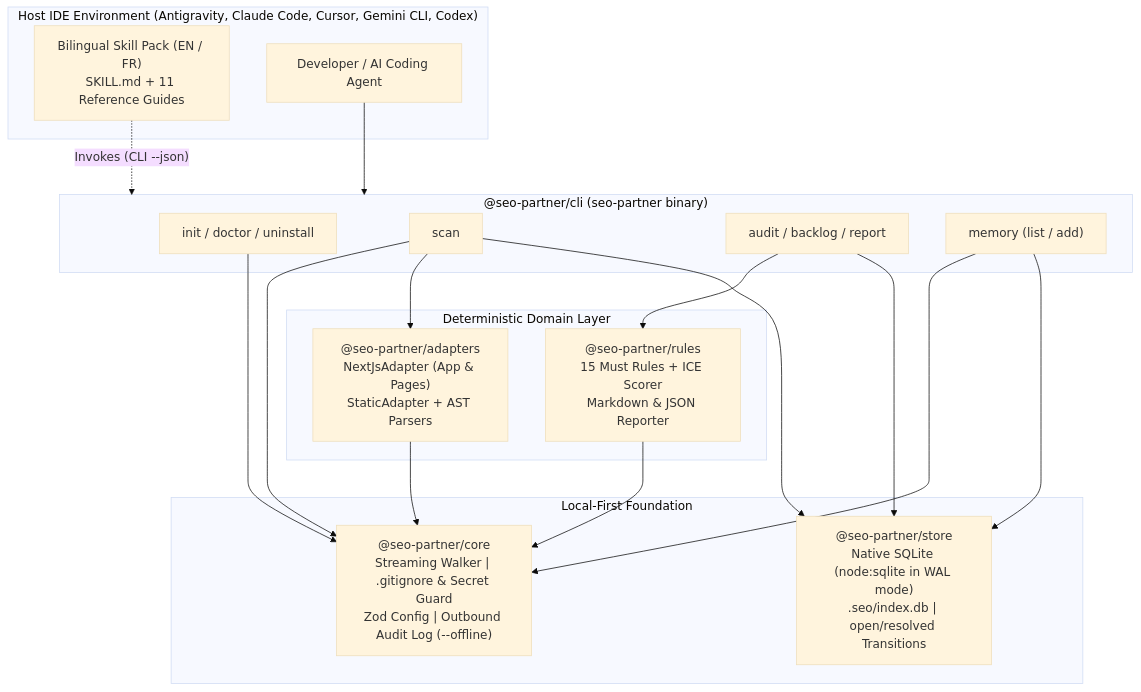
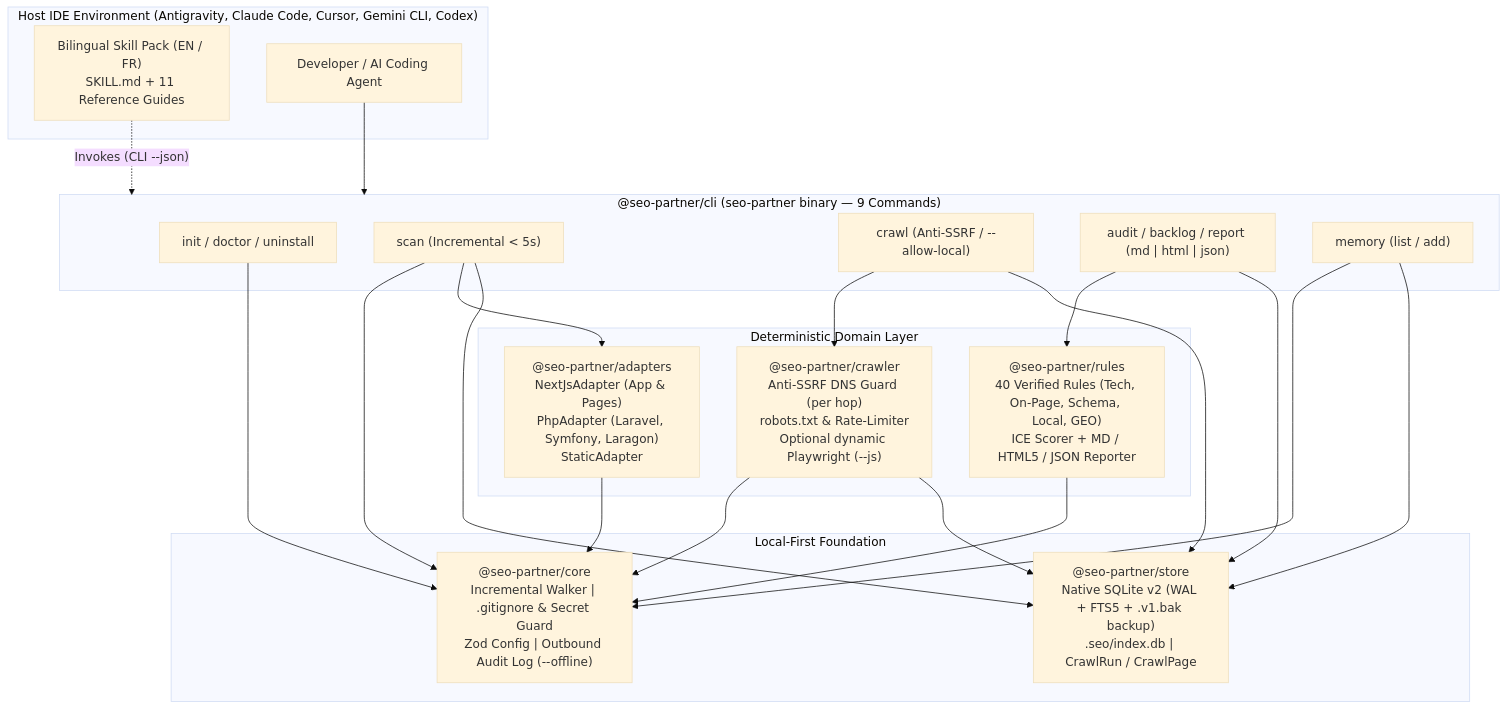
Before and after one commit to Firinze/seo-partner: the first of 2 diagrams in README.md, drawn with Mermaid (base theme). The commit also changed other lines of this file and 67 other files, not shown here.

````diff
--- a/README.md
+++ b/README.md
@@ -70,37 +63,43 @@
 ```mermaid
 flowchart TB
   subgraph IDE["Host IDE Environment (Antigravity, Claude Code, Cursor, Gemini CLI, Codex)"]
     SKILL["Bilingual Skill Pack (EN / FR)\nSKILL.md + 11 Reference Guides"]
     DEV["Developer / AI Coding Agent"]
   end
 
-  subgraph CLI_LAYER["@seo-partner/cli (seo-partner binary)"]
+  subgraph CLI_LAYER["@seo-partner/cli (seo-partner binary — 9 Commands)"]
     CMD_INIT["init / doctor / uninstall"]
-    CMD_SCAN["scan"]
-    CMD_AUDIT["audit / backlog / report"]
+    CMD_SCAN["scan (Incremental < 5s)"]
+    CMD_CRAWL["crawl (Anti-SSRF / --allow-local)"]
+    CMD_AUDIT["audit / backlog / report (md | html | json)"]
     CMD_MEM["memory (list / add)"]
   end
 
   subgraph ENGINE_LAYER["Deterministic Domain Layer"]
-    ADAPTERS["@seo-partner/adapters\nNextJsAdapter (App & Pages)\nStaticAdapter + AST Parsers"]
-    RULES["@seo-partner/rules\n15 Must Rules + ICE Scorer\nMarkdown & JSON Reporter"]
+    ADAPTERS["@seo-partner/adapters\nNextJsAdapter (App & Pages)\nPhpAdapter (Laravel, Symfony, Laragon)\nStaticAdapter"]
+    CRAWLER["@seo-partner/crawler\nAnti-SSRF DNS Guard (per hop)\nrobots.txt & Rate-Limiter\nOptional dynamic Playwright (--js)"]
+    RULES["@seo-partner/rules\n40 Verified Rules (Tech, On-Page, Schema, Local, GEO)\nICE Scorer + MD / HTML5 / JSON Reporter"]
   end
 
   subgraph FOUNDATION_LAYER["Local-First Foundation"]
-    CORE["@seo-partner/core\nStreaming Walker | .gitignore & Secret Guard\nZod Config | Outbound Audit Log (--offline)"]
-    STORE["@seo-partner/store\nNative SQLite (node:sqlite in WAL mode)\n.seo/index.db | open/resolved Transitions"]
+    CORE["@seo-partner/core\nIncremental Walker | .gitignore & Secret Guard\nZod Config | Outbound Audit Log (--offline)"]
+    STORE["@seo-partner/store\nNative SQLite v2 (WAL + FTS5 + .v1.bak backup)\n.seo/index.db | CrawlRun / CrawlPage"]
   end
 
   DEV --> CLI_LAYER
   SKILL -. "Invokes (CLI --json)" .-> CLI_LAYER
   CMD_INIT --> CORE
   CMD_SCAN --> CORE
   CMD_SCAN --> ADAPTERS
   CMD_SCAN --> STORE
+  CMD_CRAWL --> CRAWLER
+  CMD_CRAWL --> STORE
   CMD_AUDIT --> RULES
   CMD_AUDIT --> STORE
   CMD_MEM --> CORE
   CMD_MEM --> STORE
   ADAPTERS --> CORE
+  CRAWLER --> CORE
+  CRAWLER --> STORE
   RULES --> CORE
 ```
````
